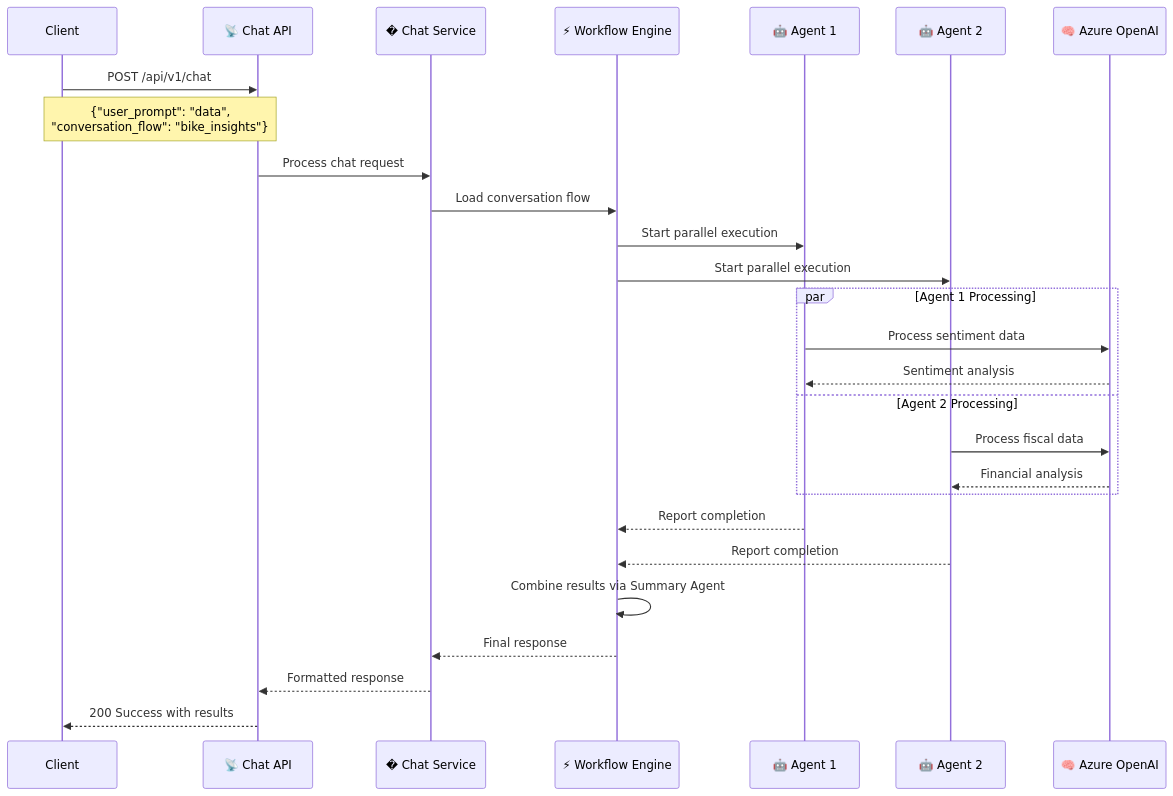
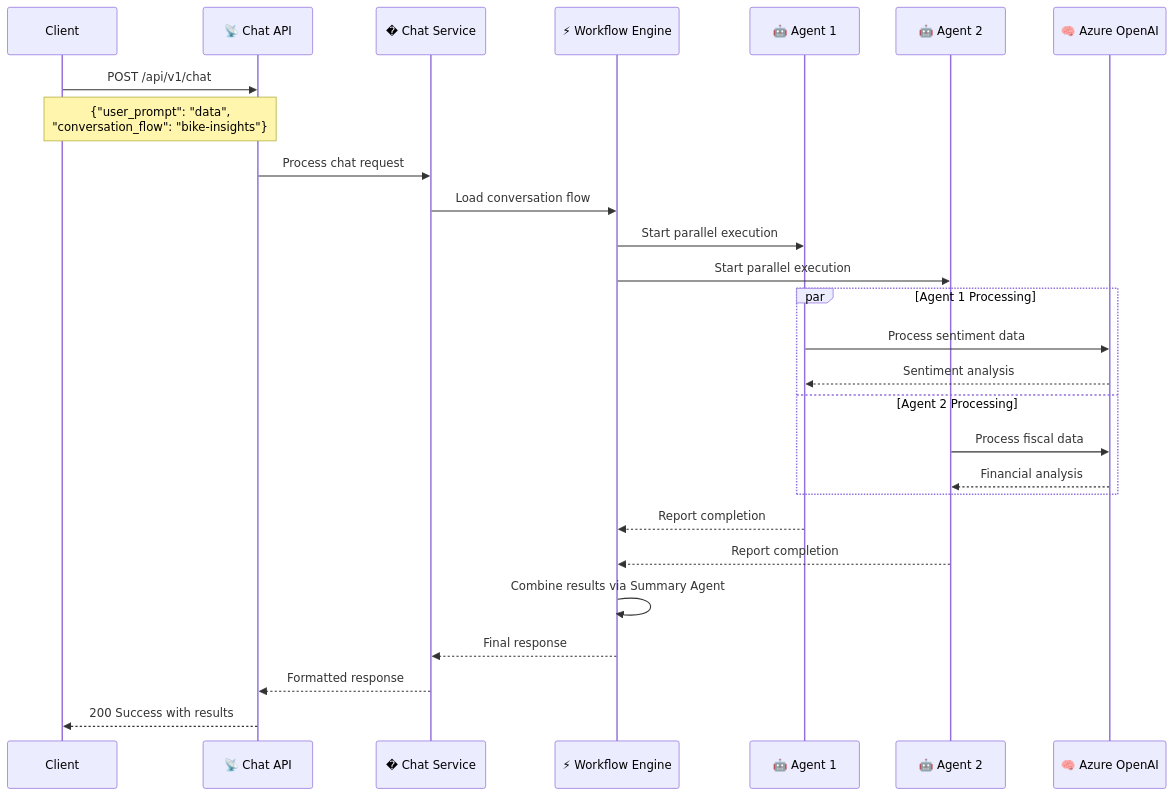
One commit to the-ingenious-dark-knight/Insight_Ingenious changed the fifth of 6 diagrams in docs/api/README.md. Above: the diagram before and after it, drawn with Mermaid. The commit also changed other lines of this file and 3 other files, not shown here.

````diff
--- a/docs/api/README.md
+++ b/docs/api/README.md
@@ -202,35 +202,35 @@
 ```mermaid
 sequenceDiagram
     participant Client
     participant API as 📡 Chat API
     participant ChatService as � Chat Service
     participant WorkflowEngine as ⚡ Workflow Engine
     participant Agent1 as 🤖 Agent 1
     participant Agent2 as 🤖 Agent 2
     participant LLM as 🧠 Azure OpenAI
 
     Client->>API: POST /api/v1/chat
-    Note over Client,API: {"user_prompt": "data",<br/>"conversation_flow": "bike_insights"}
+    Note over Client,API: {"user_prompt": "data",<br/>"conversation_flow": "bike-insights"}
 
     API->>ChatService: Process chat request
     ChatService->>WorkflowEngine: Load conversation flow
 
     WorkflowEngine->>Agent1: Start parallel execution
     WorkflowEngine->>Agent2: Start parallel execution
 
     par Agent 1 Processing
         Agent1->>LLM: Process sentiment data
         LLM-->>Agent1: Sentiment analysis
     and Agent 2 Processing
         Agent2->>LLM: Process fiscal data
         LLM-->>Agent2: Financial analysis
     end
 
     Agent1-->>WorkflowEngine: Report completion
     Agent2-->>WorkflowEngine: Report completion
 
     WorkflowEngine->>WorkflowEngine: Combine results via Summary Agent
     WorkflowEngine-->>ChatService: Final response
     ChatService-->>API: Formatted response
     API-->>Client: 200 Success with results
 ```
````
